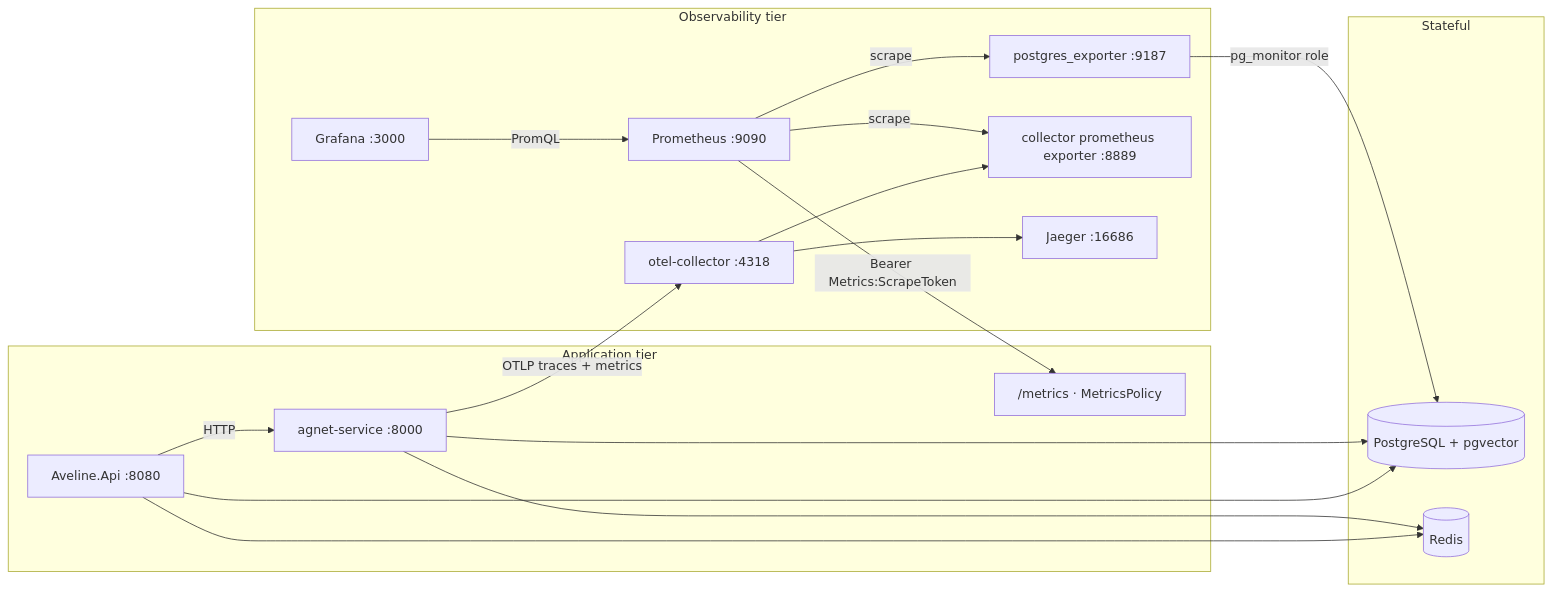
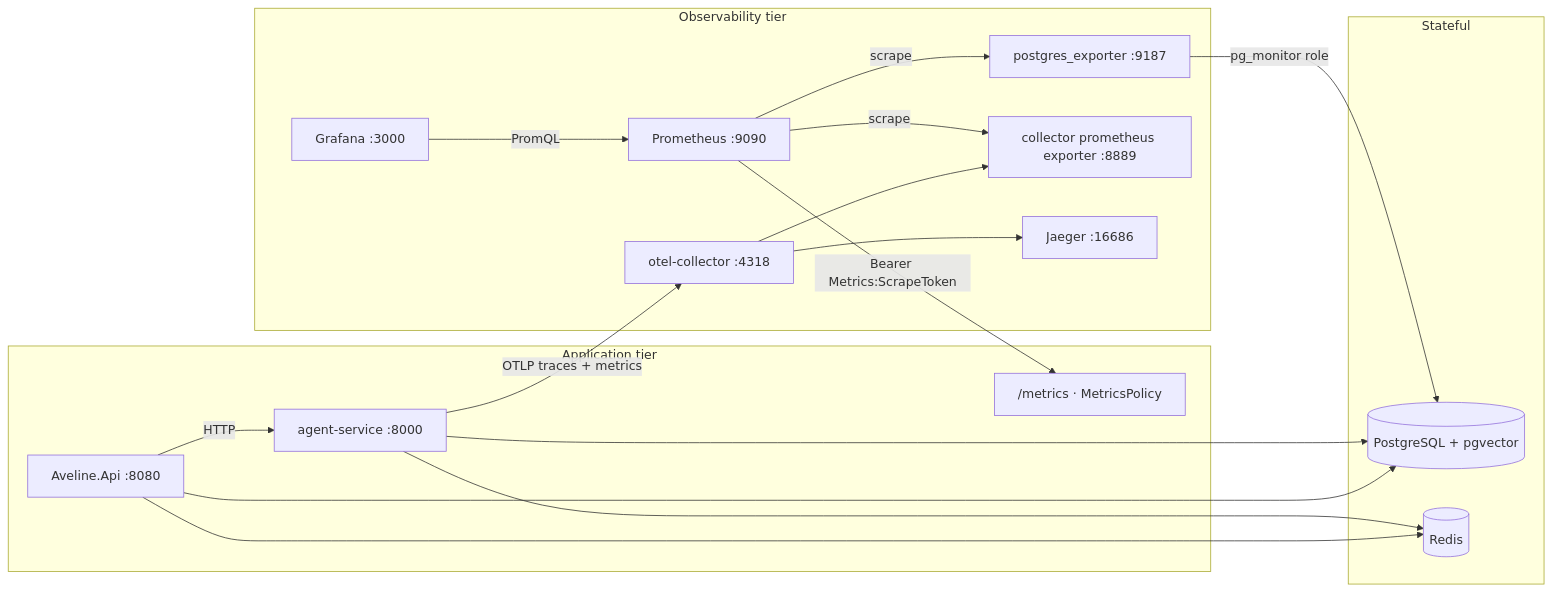
Before and after one commit to KavinduNirmal/aveline: the diagram in docs/backend/observability.md, drawn with Mermaid. The commit also changed other lines of this file and 245 other files, not shown here.

First line of the commit message:
refactor(agent): rename agnet-service to agent-service

````diff
--- a/docs/backend/observability.md
+++ b/docs/backend/observability.md
@@ -25,36 +25,36 @@
 ```mermaid
 flowchart LR
     subgraph App["Application tier"]
         API["Aveline.Api :8080"]
         MET["/metrics · MetricsPolicy"]
-        AGT["agnet-service :8000"]
+        AGT["agent-service :8000"]
     end
 
     subgraph Data["Stateful"]
         PG[("PostgreSQL + pgvector")]
         RD[("Redis")]
     end
 
     subgraph Obs["Observability tier"]
         PROM["Prometheus :9090"]
         GRAF["Grafana :3000"]
         PGEX["postgres_exporter :9187"]
         OTELC["otel-collector :4318"]
         AGENTMET["collector prometheus exporter :8889"]
         JAEG["Jaeger :16686"]
     end
 
     API --> PG
     API --> RD
     AGT --> PG
     AGT --> RD
     API -->|HTTP| AGT
     AGT -->|"OTLP traces + metrics"| OTELC
     OTELC --> JAEG
     OTELC --> AGENTMET
     PROM -->|"Bearer Metrics:ScrapeToken"| MET
     PROM -->|scrape| AGENTMET
     PROM -->|scrape| PGEX
     PGEX -->|"pg_monitor role"| PG
     GRAF -->|PromQL| PROM
 ```
````
